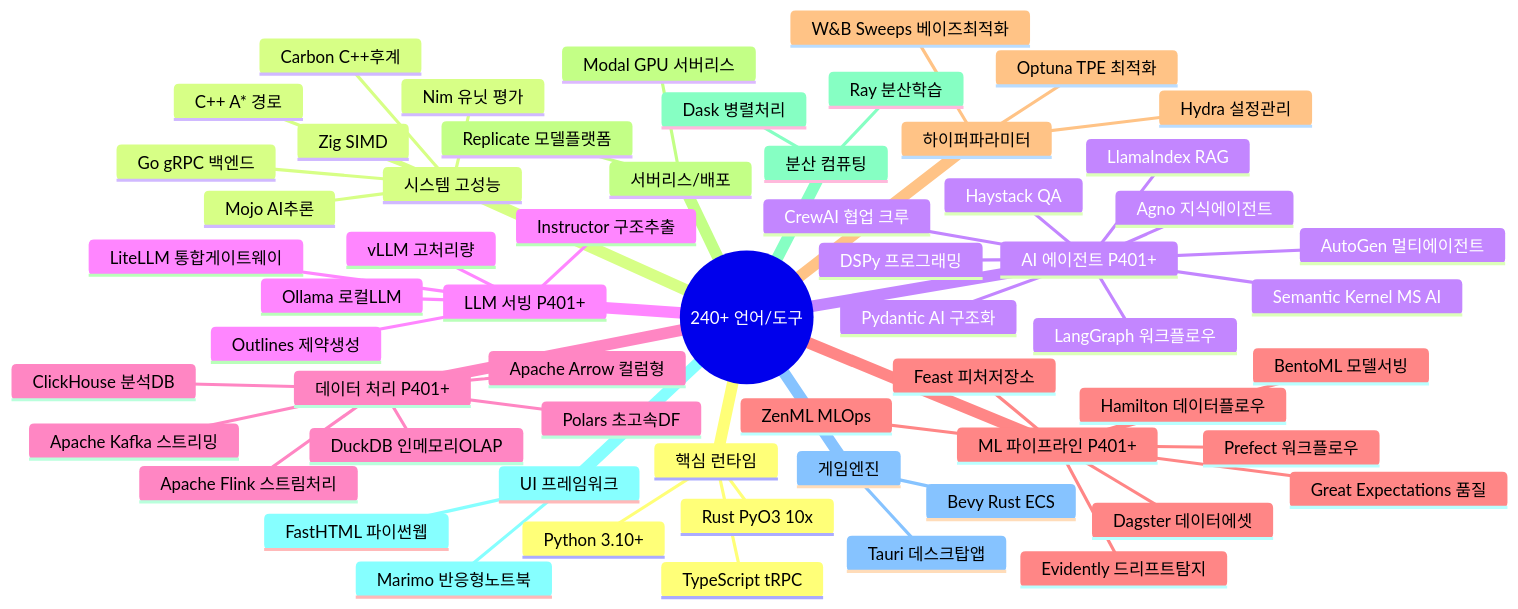
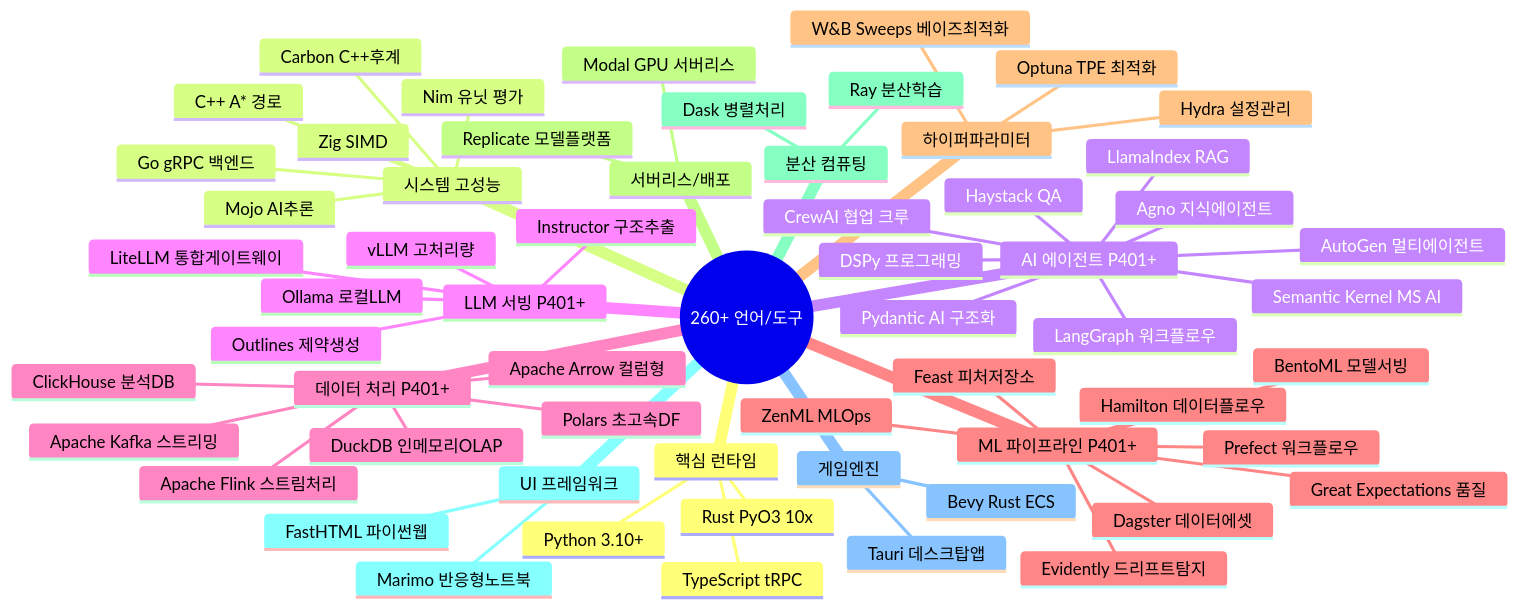
The ninth of 30 diagrams in README.md (sun475300-sudo/Swarm-control-in-sc2bot), drawn with Mermaid before and after one commit. The commit also changed other lines of this file, not shown here.

````diff
--- a/README.md
+++ b/README.md
@@ -816,63 +617,63 @@
 ```mermaid
 mindmap
-    root((240+ 언어/도구))
+    root((260+ 언어/도구))
         핵심 런타임
             Python 3.10+
             Rust PyO3 10x
             TypeScript tRPC
         시스템 고성능
             C++ A* 경로
             Go gRPC 백엔드
             Zig SIMD
             Nim 유닛 평가
             Carbon C++후계
             Mojo AI추론
         AI 에이전트 P401+
             AutoGen 멀티에이전트
             CrewAI 협업 크루
             LangGraph 워크플로우
             Semantic Kernel MS AI
             DSPy 프로그래밍
             Pydantic AI 구조화
             Agno 지식에이전트
             LlamaIndex RAG
             Haystack QA
         LLM 서빙 P401+
             vLLM 고처리량
             Ollama 로컬LLM
             LiteLLM 통합게이트웨이
             Instructor 구조추출
             Outlines 제약생성
         데이터 처리 P401+
             Polars 초고속DF
             DuckDB 인메모리OLAP
             Apache Arrow 컬럼형
             ClickHouse 분석DB
             Apache Kafka 스트리밍
             Apache Flink 스트림처리
         ML 파이프라인 P401+
             Prefect 워크플로우
             Dagster 데이터에셋
             ZenML MLOps
             BentoML 모델서빙
             Evidently 드리프트탐지
             Feast 피처저장소
             Hamilton 데이터플로우
             Great Expectations 품질
         하이퍼파라미터
             Optuna TPE 최적화
             Hydra 설정관리
             W&B Sweeps 베이즈최적화
         서버리스/배포
             Modal GPU 서버리스
             Replicate 모델플랫폼
         분산 컴퓨팅
             Ray 분산학습
             Dask 병렬처리
         UI 프레임워크
             FastHTML 파이썬웹
             Marimo 반응형노트북
         게임엔진
             Bevy Rust ECS
             Tauri 데스크탑앱
 ```
````
